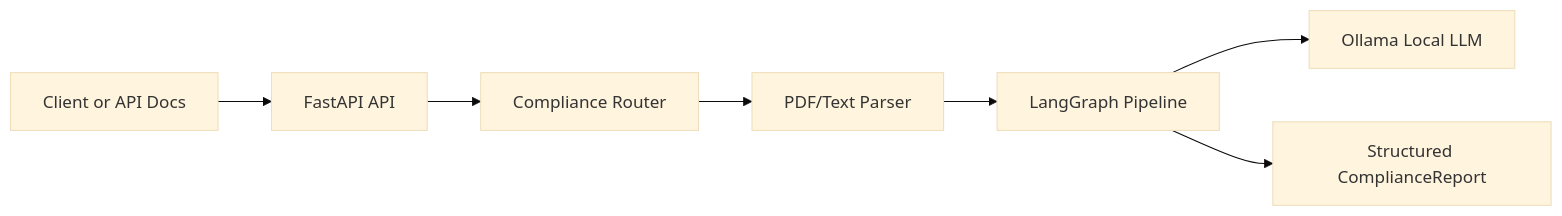
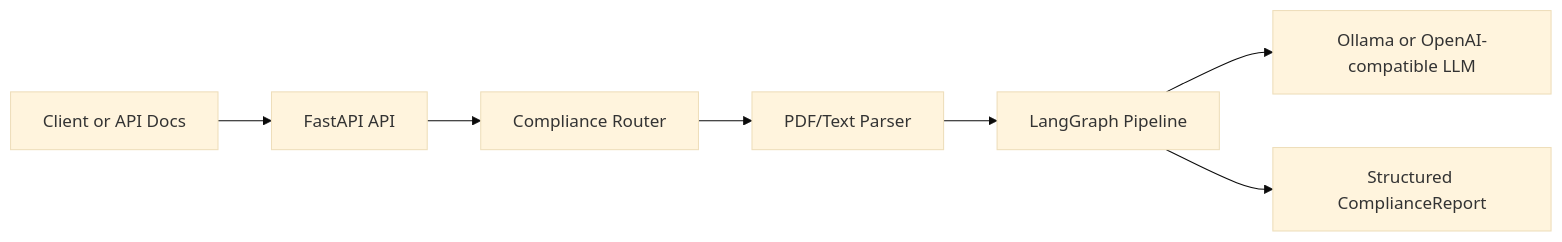
Before and after one commit to emedinac/automated-gdpr-compliance-checker: the first of 3 diagrams in README.md, drawn with Mermaid (base theme). The commit also changed other lines of this file and 5 other files, not shown here.

````diff
--- a/README.md
+++ b/README.md
@@ -101,9 +103,9 @@
 ```mermaid
 flowchart LR
     Client["Client or API Docs"] --> API["FastAPI API"]
     API --> Router["Compliance Router"]
     Router --> Parser["PDF/Text Parser"]
     Parser --> Graph["LangGraph Pipeline"]
-    Graph --> Ollama["Ollama Local LLM"]
+    Graph --> LLM["Ollama or OpenAI-compatible LLM"]
     Graph --> Report["Structured ComplianceReport"]
 ```
````
